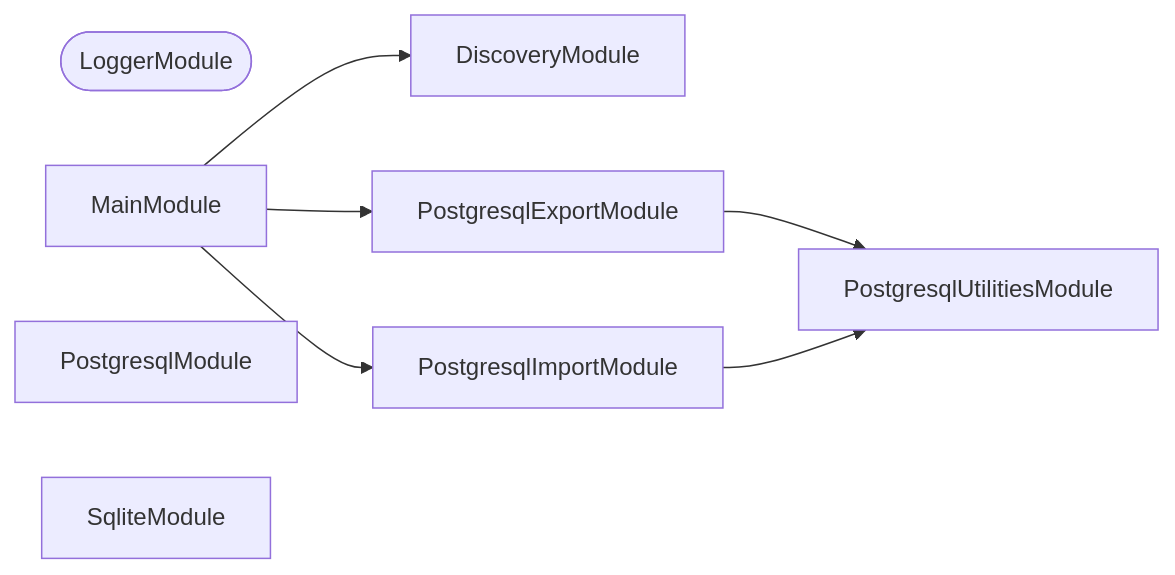
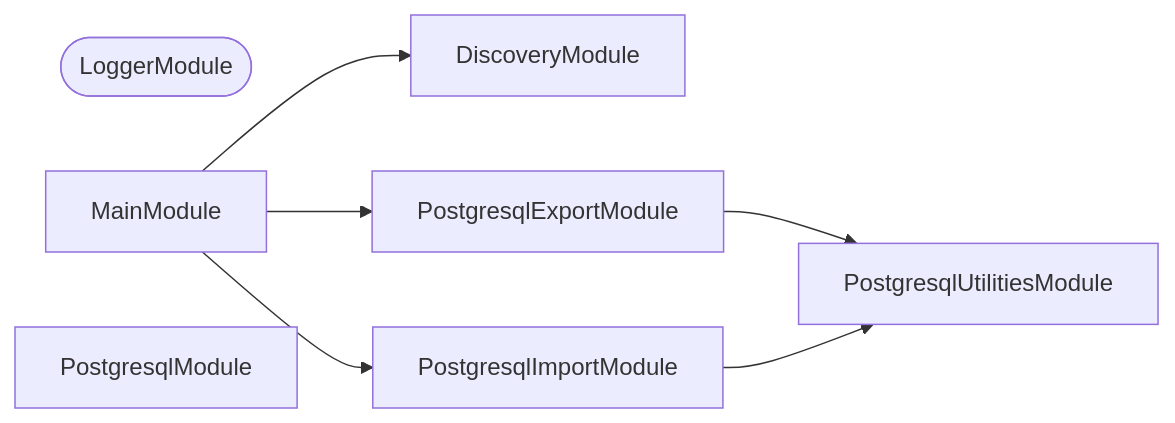
Before and after one commit to organizzolini/codebase: the second of 3 diagrams in projects/common/persistence/README.md, drawn with Mermaid. The commit also changed other lines of this file and 207 other files, not shown here.

````diff
--- a/projects/common/persistence/README.md
+++ b/projects/common/persistence/README.md
@@ -402,16 +406,15 @@
 ```mermaid
 flowchart LR
   DiscoveryModule
   LoggerModule([LoggerModule])
   MainModule
   PostgresqlExportModule
   PostgresqlImportModule
   PostgresqlModule
   PostgresqlUtilitiesModule
-  SqliteModule
   MainModule --> DiscoveryModule
   MainModule --> PostgresqlExportModule
   MainModule --> PostgresqlImportModule
   PostgresqlExportModule --> PostgresqlUtilitiesModule
   PostgresqlImportModule --> PostgresqlUtilitiesModule
 ```
````
